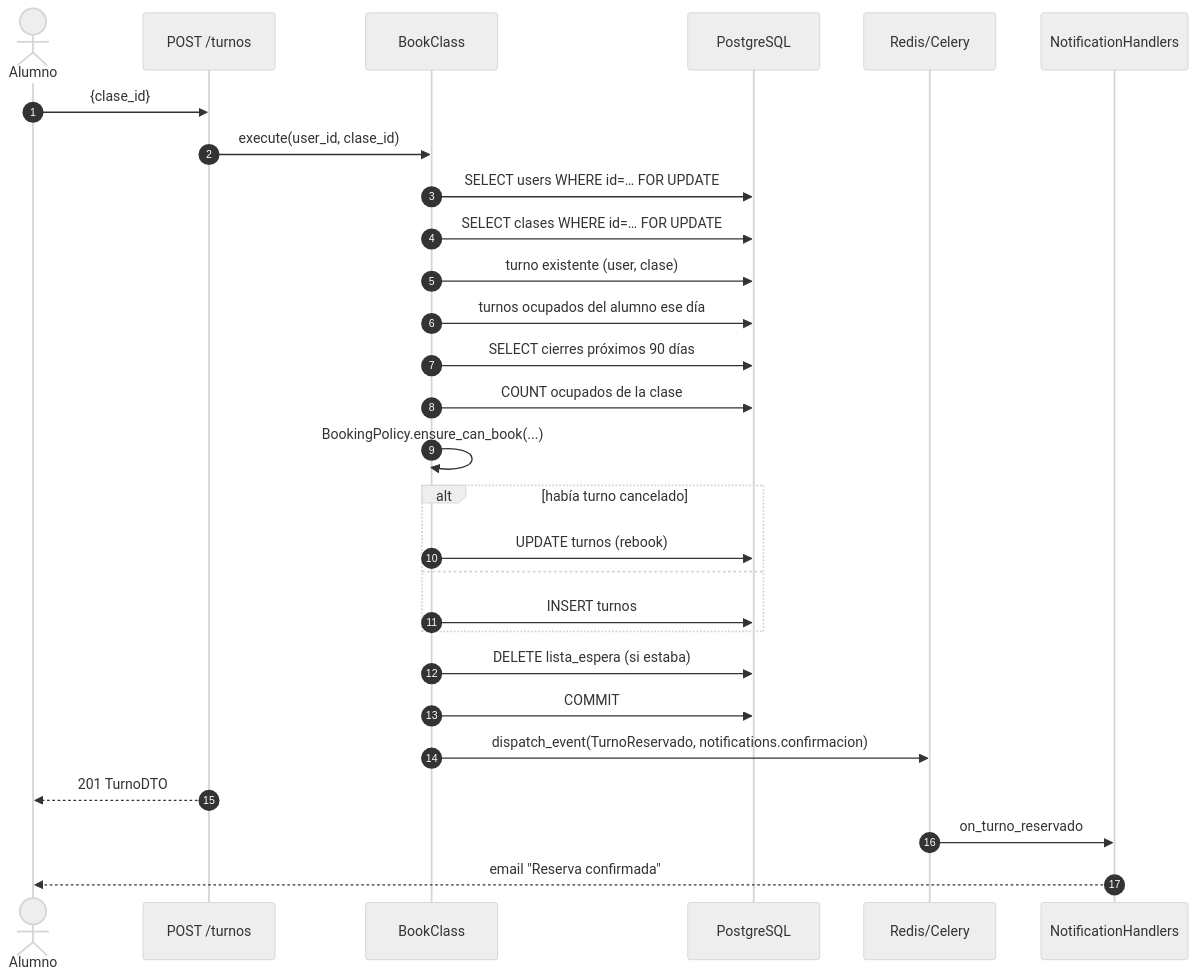
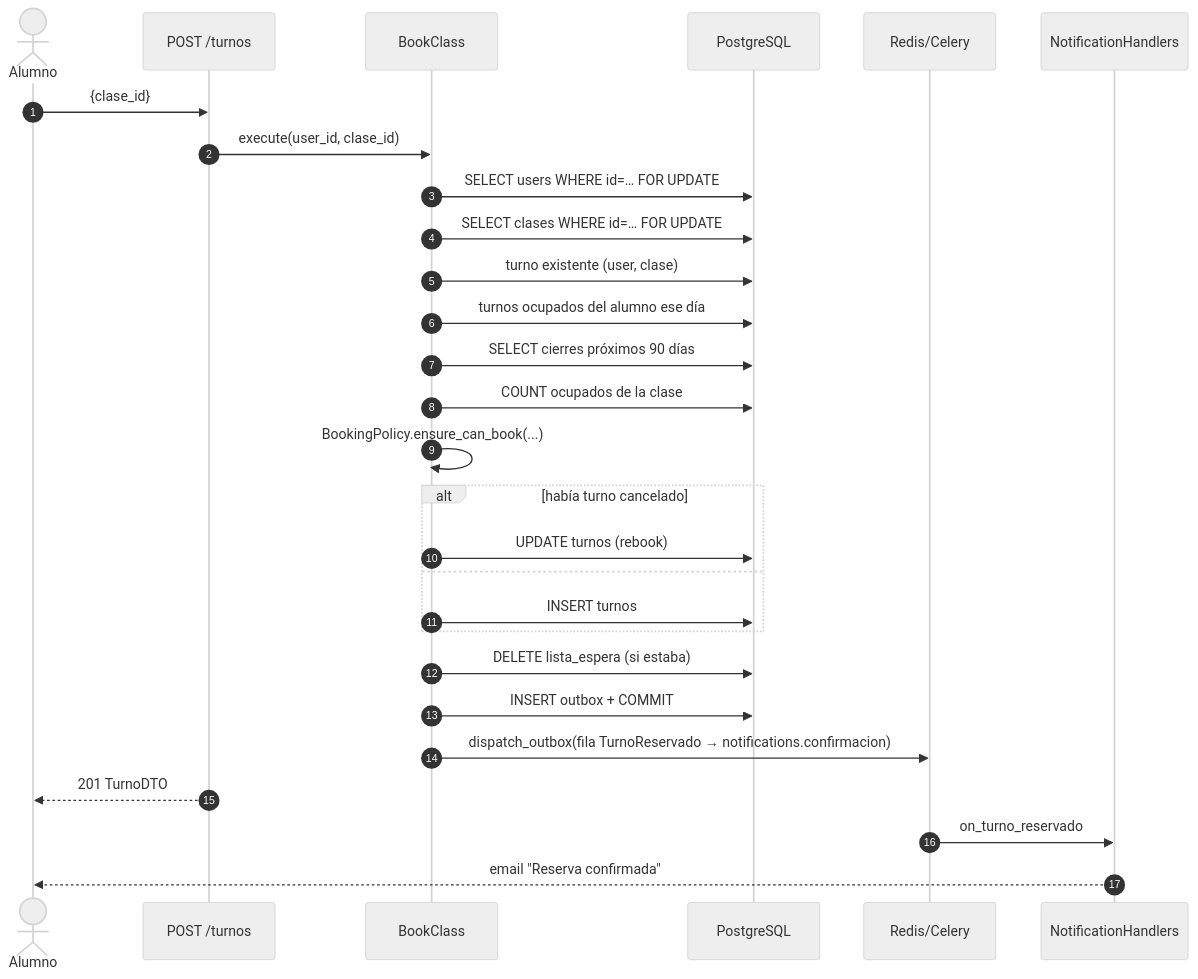
Before and after one commit to juantevez/py-pilates: diagram 11 of 18 in doc/technical/TECH.md, drawn with Mermaid (neutral theme). The commit also changed other lines of this file and 14 other files, not shown here.

````diff
--- a/doc/technical/TECH.md
+++ b/doc/technical/TECH.md
@@ -709,31 +709,31 @@
 ```mermaid
 sequenceDiagram
     autonumber
     actor A as Alumno
     participant API as POST /turnos
     participant UC as BookClass
     participant DB as PostgreSQL
     participant Q as Redis/Celery
     participant N as NotificationHandlers
 
     A->>API: {clase_id}
     API->>UC: execute(user_id, clase_id)
     UC->>DB: SELECT users WHERE id=… FOR UPDATE
     UC->>DB: SELECT clases WHERE id=… FOR UPDATE
     UC->>DB: turno existente (user, clase)
     UC->>DB: turnos ocupados del alumno ese día
     UC->>DB: SELECT cierres próximos 90 días
     UC->>DB: COUNT ocupados de la clase
     UC->>UC: BookingPolicy.ensure_can_book(...)
     alt había turno cancelado
         UC->>DB: UPDATE turnos (rebook)
     else
         UC->>DB: INSERT turnos
     end
     UC->>DB: DELETE lista_espera (si estaba)
-    UC->>DB: COMMIT
-    UC->>Q: dispatch_event(TurnoReservado, notifications.confirmacion)
+    UC->>DB: INSERT outbox + COMMIT
+    UC->>Q: dispatch_outbox(fila TurnoReservado → notifications.confirmacion)
     API-->>A: 201 TurnoDTO
     Q->>N: on_turno_reservado
     N-->>A: email "Reserva confirmada"
 ```
````
